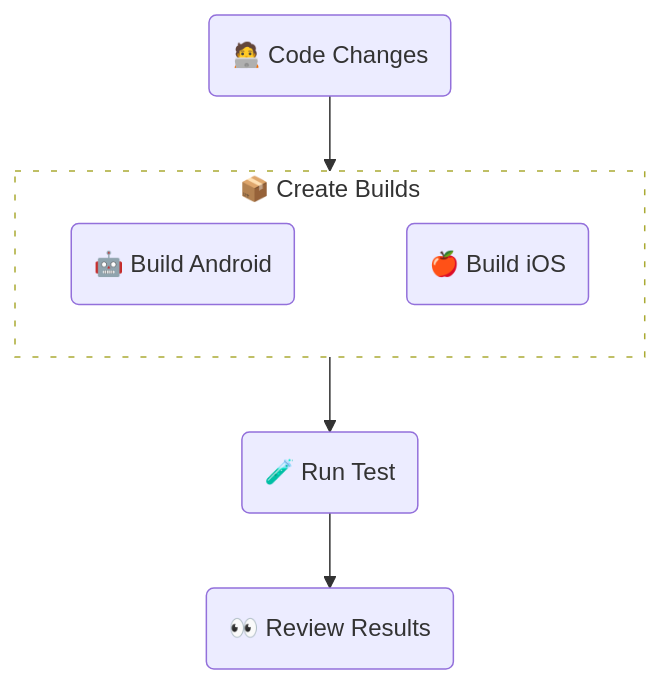
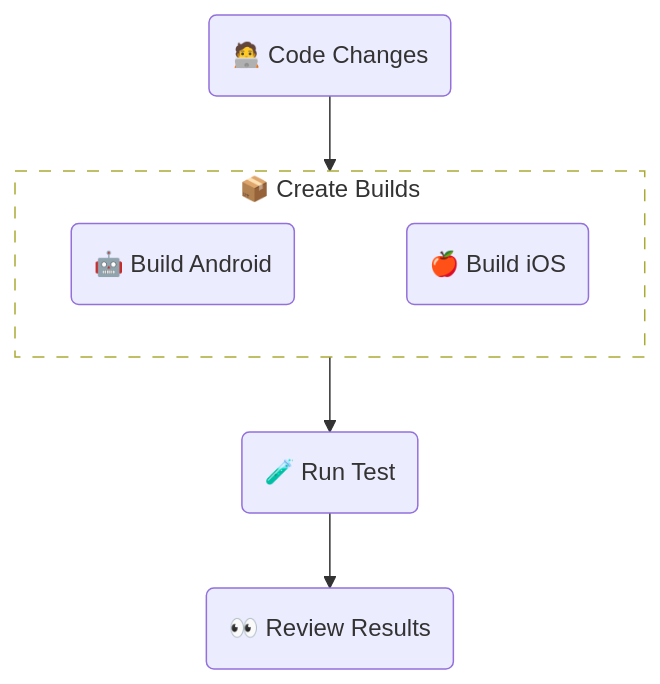
One commit to sherlo-io/sherlo changed the diagram in examples/standard/README.md. Above: the diagram before and after it, drawn with Mermaid.

Commit message:
no message

````diff
--- a/examples/standard/README.md
+++ b/examples/standard/README.md
@@ -14,16 +14,16 @@
 ```mermaid
 flowchart TB
    UI(🧑‍💻 Code Changes)
    subgraph Build[📦 Create Builds]
       Android(🤖 Build Android)
       iOS(🍎 Build iOS)
       Android ~~~ iOS
-      style Build fill:#00000000,stroke-dasharray: 4 8
+      style Build fill:#00000000,stroke-dasharray: 8 8
    end
    Test(🧪 Run Test)
    Review(👀 Review Results)
 
    UI --> Build
    Build --> Test
    Test --> Review
 ```
````
